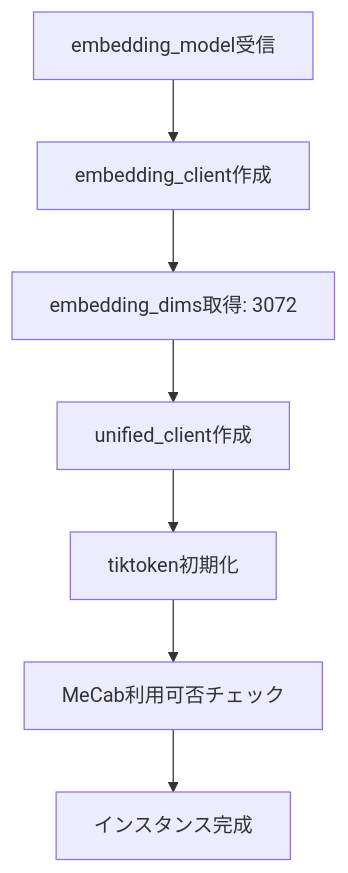
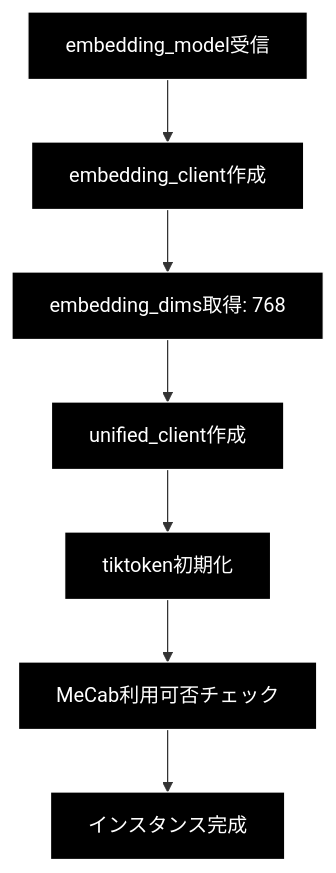
Before and after one commit to nakashima2toshio/ollama_grace_agent_v2: the second of 9 diagrams in qa_generation/doc/semantic.md, drawn with Mermaid. The commit also changed other lines of this file and 7 other files, not shown here.

````diff
--- a/qa_generation/doc/semantic.md
+++ b/qa_generation/doc/semantic.md
@@ -140,9 +146,12 @@
 ```mermaid
 flowchart TD
     A[embedding_model受信] --> B[embedding_client作成]
-    B --> C[embedding_dims取得: 3072]
+    B --> C["embedding_dims取得: 768"]
     C --> D[unified_client作成]
     D --> E[tiktoken初期化]
     E --> F[MeCab利用可否チェック]
     F --> G[インスタンス完成]
+classDef default fill:#000,stroke:#fff,color:#fff
+classDef subgraphStyle fill:#1a1a1a,stroke:#fff,color:#fff
+class A,B,C,D,E,F,G default
 ```
````
